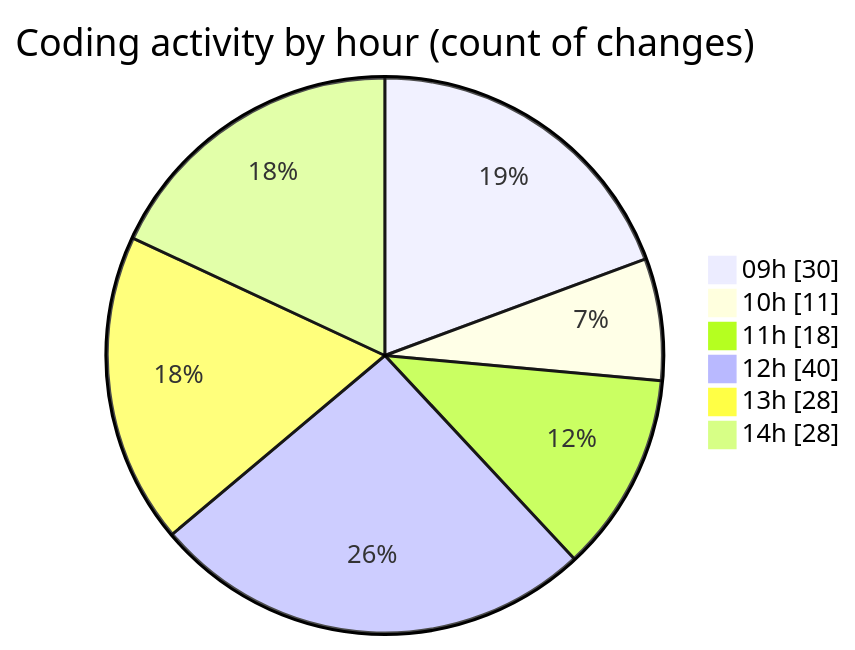
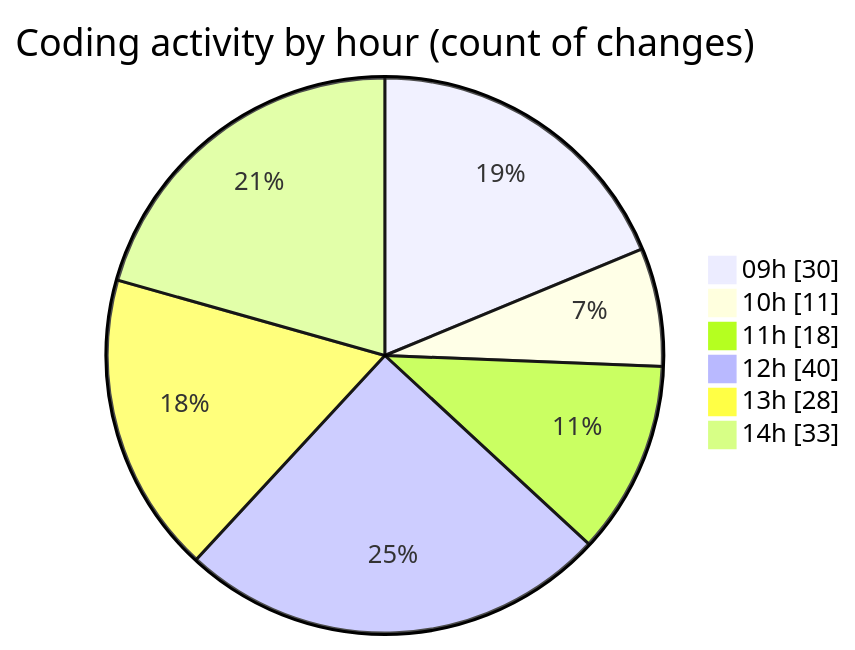
One commit to momahboobian/code-tracking changed the second of 2 diagrams in 2025-03-05/cda/README.md. Above: the diagram before and after it, drawn with Mermaid. The commit also changed other lines of this file and 1 other file, not shown here.

````diff
--- a/2025-03-05/cda/README.md
+++ b/2025-03-05/cda/README.md
@@ -59,10 +59,10 @@
 ```mermaid
 pie showData
 title Coding activity by hour (count of changes)
 "09h" : 30
 "10h" : 11
 "11h" : 18
 "12h" : 40
 "13h" : 28
-"14h" : 28
+"14h" : 33
 ```
````
